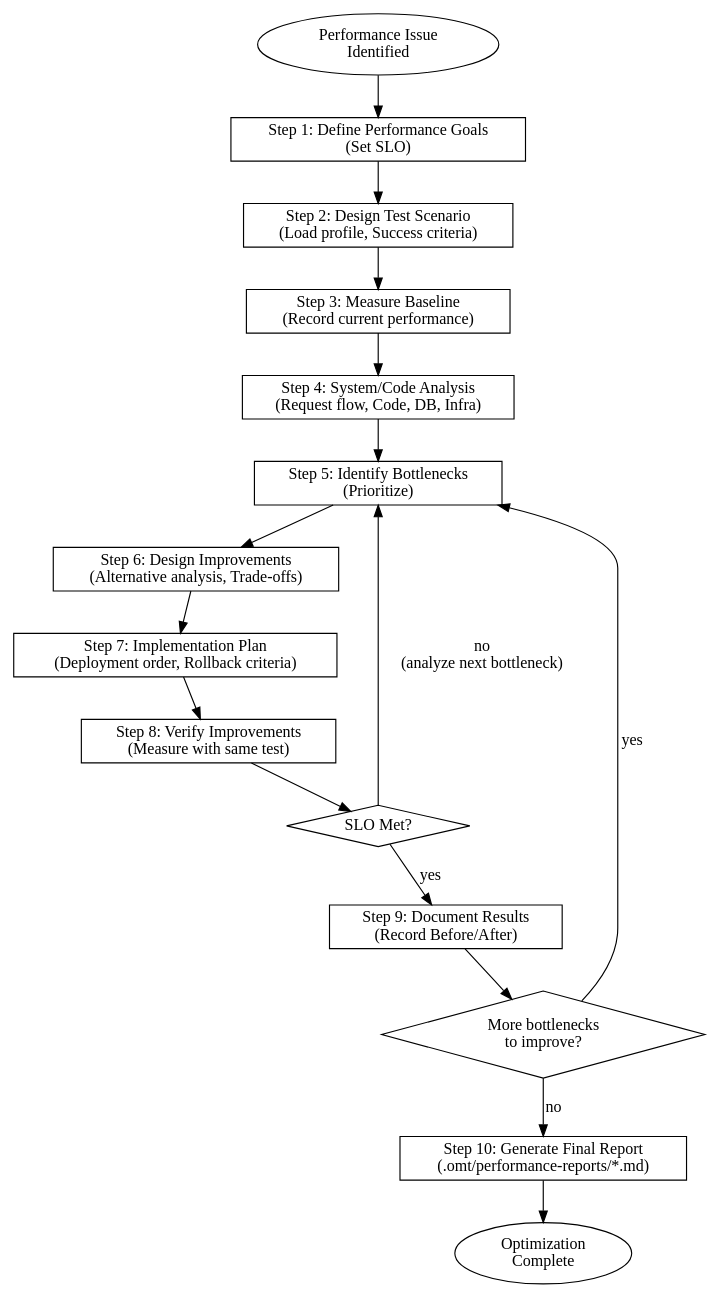
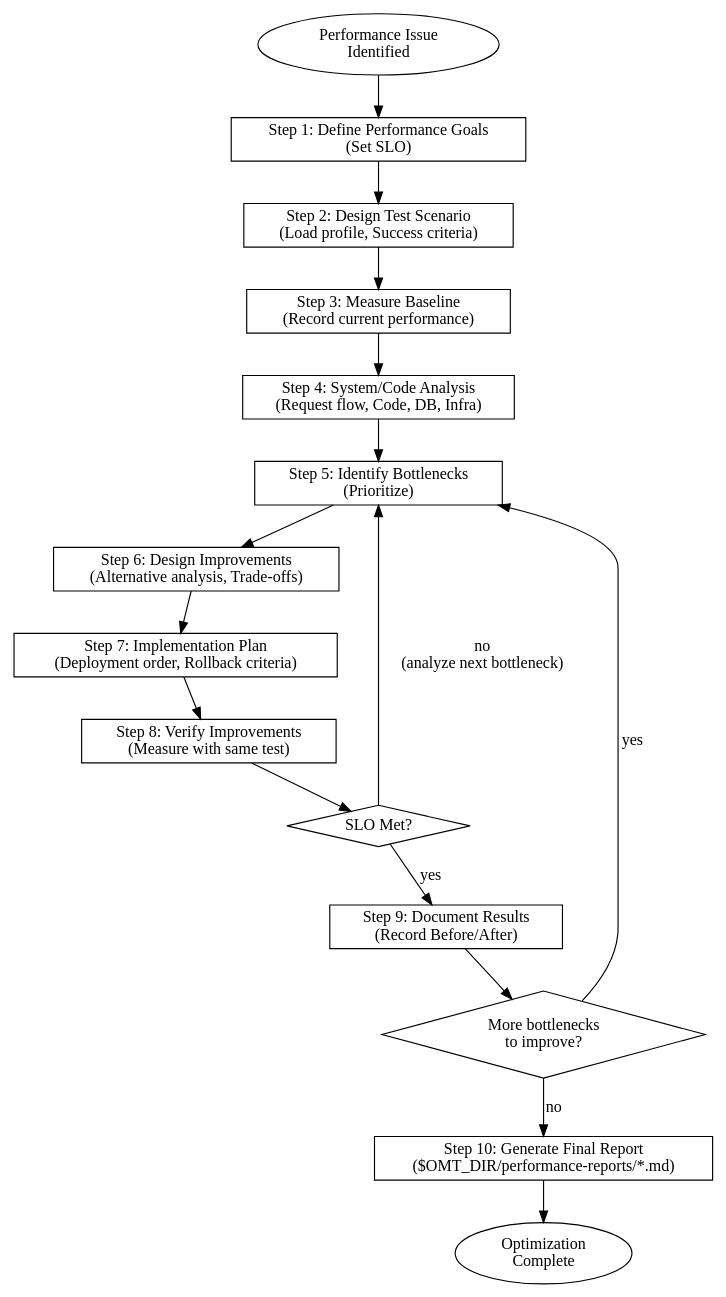
The diagram in skills/performance-optimizer/SKILL.md (toongri/oh-my-toong-playground), drawn with Graphviz before and after one commit. The commit also changed other lines of this file and 21 other files, not shown here.

First line of the commit message:
refactor: 프롬프트 .omt/ 경로 $OMT_DIR/로 교체

````diff
--- a/skills/performance-optimizer/SKILL.md
+++ b/skills/performance-optimizer/SKILL.md
@@ -27,67 +27,67 @@
 ```dot
 digraph perf_workflow {
     rankdir=TB;
     node [shape=box];
 
     // Entry
     start [label="Performance Issue\nIdentified" shape=ellipse];
 
     // Step 1: Goals
     goals [label="Step 1: Define Performance Goals\n(Set SLO)"];
 
     // Step 2: Test Scenario
     test_scenario [label="Step 2: Design Test Scenario\n(Load profile, Success criteria)"];
 
     // Step 3: Baseline
     baseline [label="Step 3: Measure Baseline\n(Record current performance)"];
 
     // Step 4: Analysis
     analysis [label="Step 4: System/Code Analysis\n(Request flow, Code, DB, Infra)"];
 
     // Step 5: Bottleneck
     bottleneck [label="Step 5: Identify Bottlenecks\n(Prioritize)"];
 
     // Step 6: Design
     design [label="Step 6: Design Improvements\n(Alternative analysis, Trade-offs)"];
 
     // Step 7: Implementation
     implementation [label="Step 7: Implementation Plan\n(Deployment order, Rollback criteria)"];
 
     // Step 8: Verify
     verify [label="Step 8: Verify Improvements\n(Measure with same test)"];
 
     // Decision
     slo_met [label="SLO Met?" shape=diamond];
 
     // Step 9: Document
     document [label="Step 9: Document Results\n(Record Before/After)"];
 
     // More bottlenecks?
     more_bottlenecks [label="More bottlenecks\nto improve?" shape=diamond];
 
     // Step 10: Final Report
-    report [label="Step 10: Generate Final Report\n(.omt/performance-reports/*.md)"];
+    report [label="Step 10: Generate Final Report\n($OMT_DIR/performance-reports/*.md)"];
 
     // End
     complete [label="Optimization\nComplete" shape=ellipse];
 
     // Flow
     start -> goals;
     goals -> test_scenario;
     test_scenario -> baseline;
     baseline -> analysis;
     analysis -> bottleneck;
     bottleneck -> design;
     design -> implementation;
     implementation -> verify;
     verify -> slo_met;
 
     slo_met -> document [label="yes"];
     slo_met -> bottleneck [label="no\n(analyze next bottleneck)"];
 
     document -> more_bottlenecks;
     more_bottlenecks -> bottleneck [label="yes"];
     more_bottlenecks -> report [label="no"];
     report -> complete;
 }
 ```
````
